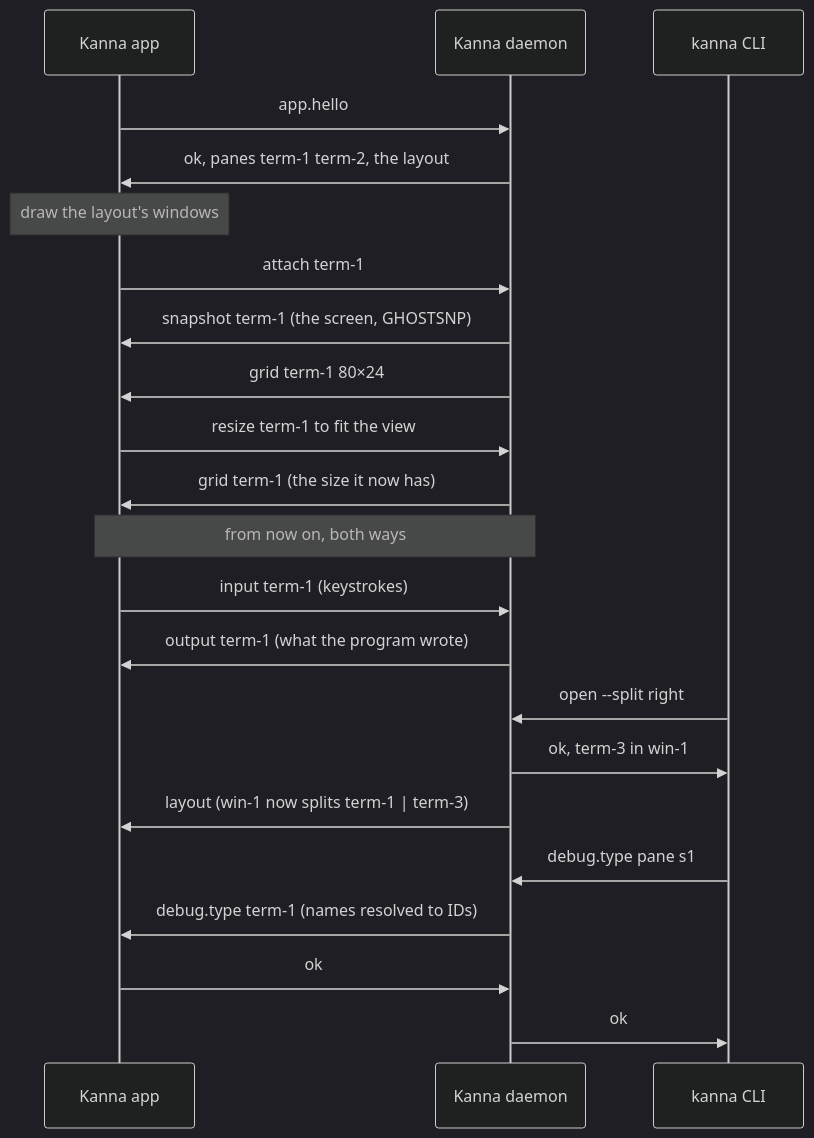
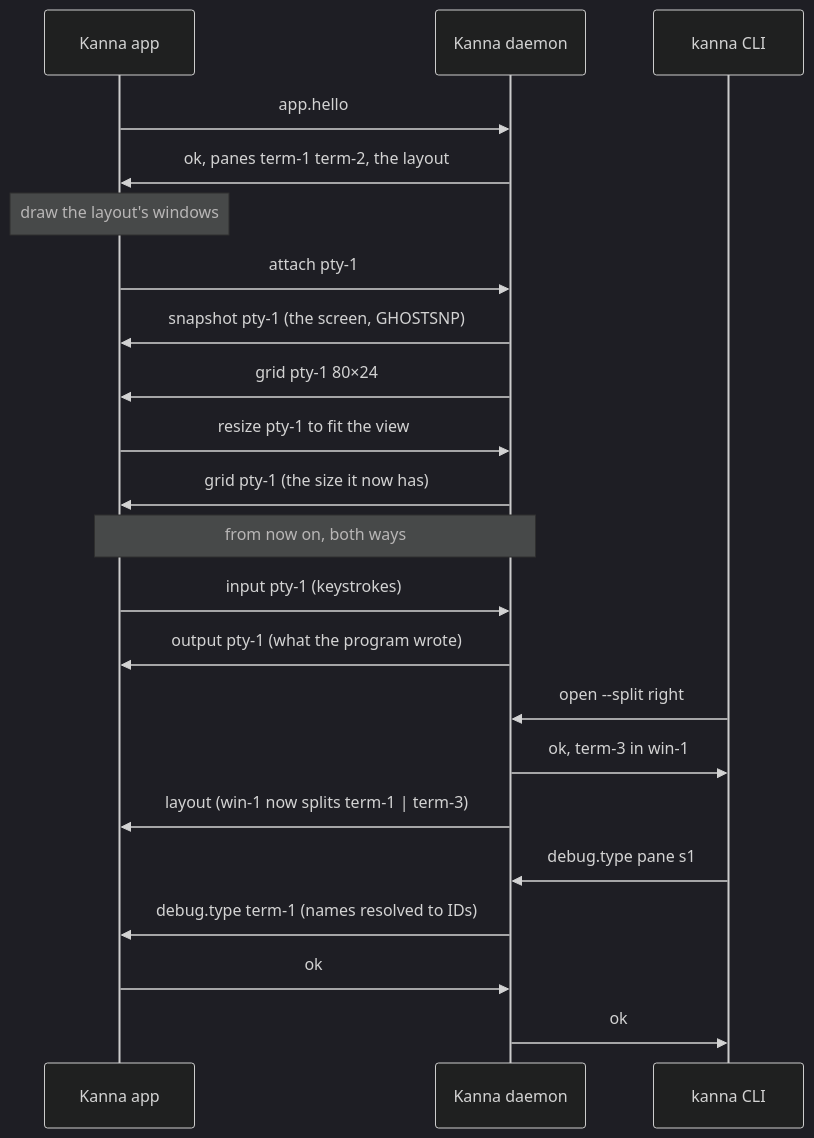
Before and after one commit to tampopogk/kanna: the diagram in docs/specs/app-link.md, drawn with Mermaid (dark theme). The commit also changed other lines of this file and 20 other files, not shown here.

````diff
--- a/docs/specs/app-link.md
+++ b/docs/specs/app-link.md
@@ -23,24 +23,24 @@
 ```mermaid
 sequenceDiagram
     participant A as Kanna app
     participant D as Kanna daemon
     participant C as kanna CLI
     A->>D: app.hello
     D->>A: ok, panes term-1 term-2, the layout
     Note over A: draw the layout's windows
-    A->>D: attach term-1
-    D->>A: snapshot term-1 (the screen, GHOSTSNP)
-    D->>A: grid term-1 80×24
-    A->>D: resize term-1 to fit the view
-    D->>A: grid term-1 (the size it now has)
+    A->>D: attach pty-1
+    D->>A: snapshot pty-1 (the screen, GHOSTSNP)
+    D->>A: grid pty-1 80×24
+    A->>D: resize pty-1 to fit the view
+    D->>A: grid pty-1 (the size it now has)
     Note over A,D: from now on, both ways
-    A->>D: input term-1 (keystrokes)
-    D->>A: output term-1 (what the program wrote)
+    A->>D: input pty-1 (keystrokes)
+    D->>A: output pty-1 (what the program wrote)
     C->>D: open --split right
     D->>C: ok, term-3 in win-1
     D->>A: layout (win-1 now splits term-1 | term-3)
     C->>D: debug.type pane s1
     D->>A: debug.type term-1 (names resolved to IDs)
     A->>D: ok
     D->>C: ok
 ```
````
